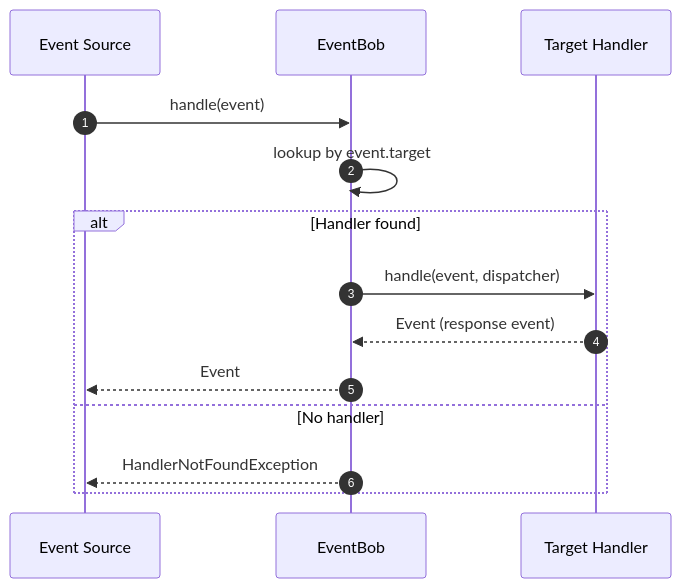
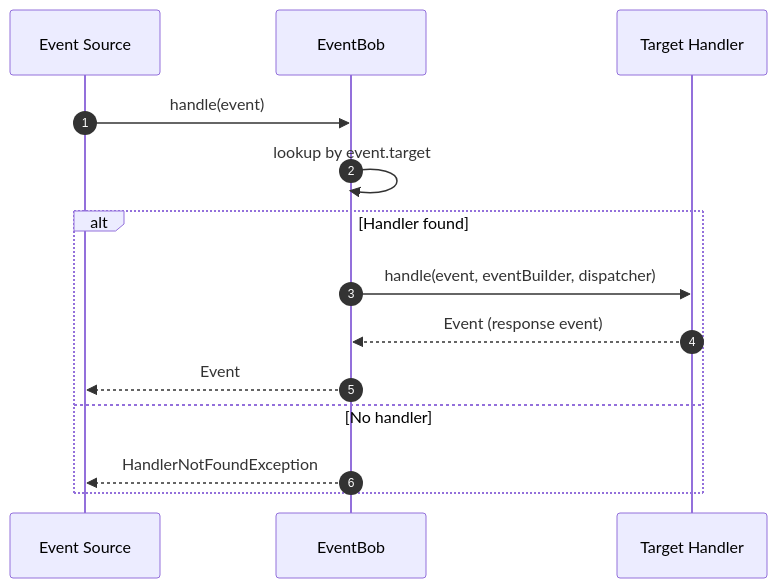
The diagram in diagrams/eventHandlingUseCases/BasicEventHandlingSequence.mermaid (dinoo333/EventBob), drawn with Mermaid before and after one commit. The commit also changed 43 other files, not shown here.

```diff
--- a/diagrams/eventHandlingUseCases/BasicEventHandlingSequence.mermaid
+++ b/diagrams/eventHandlingUseCases/BasicEventHandlingSequence.mermaid
@@ -1,14 +1,14 @@
 sequenceDiagram
     autonumber
     participant S as Event Source
     participant R as EventBob
     participant H as Target Handler
     S ->> R: handle(event)
     R ->> R: lookup by event.target
     alt Handler found
-        R ->> H: handle(event, dispatcher)
+        R ->> H: handle(event, eventBuilder, dispatcher)
         H -->> R: Event (response event)
         R -->> S: Event
     else No handler
         R -->> S: HandlerNotFoundException
     end
```
